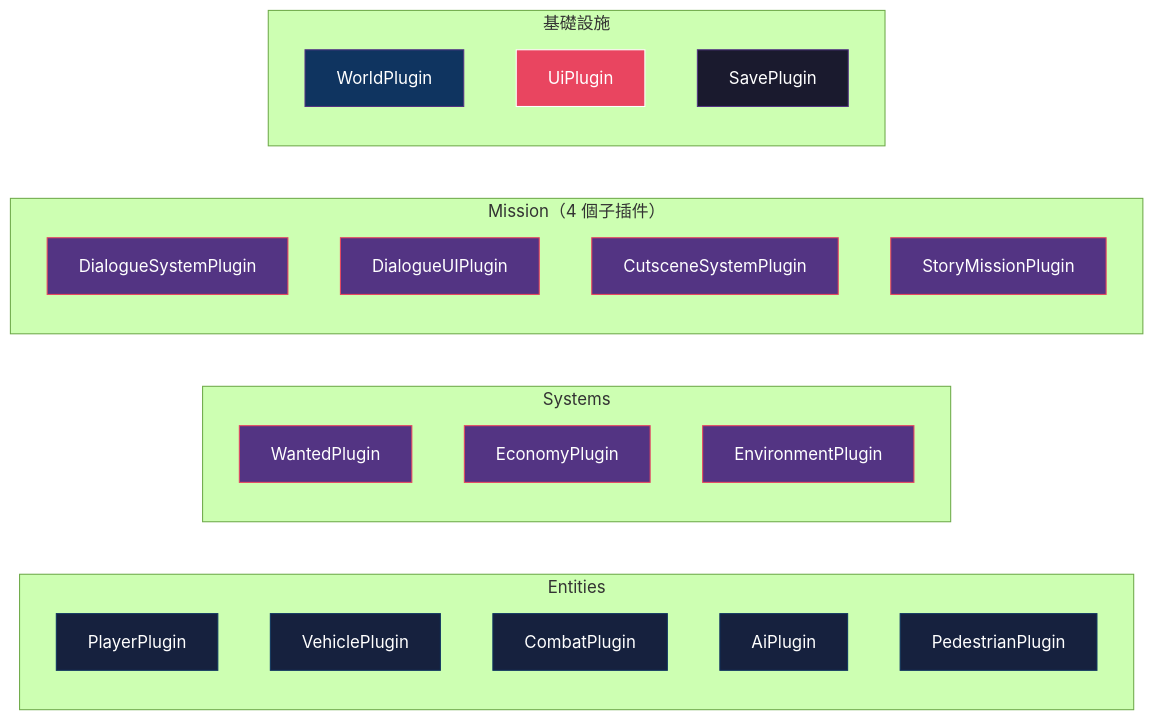
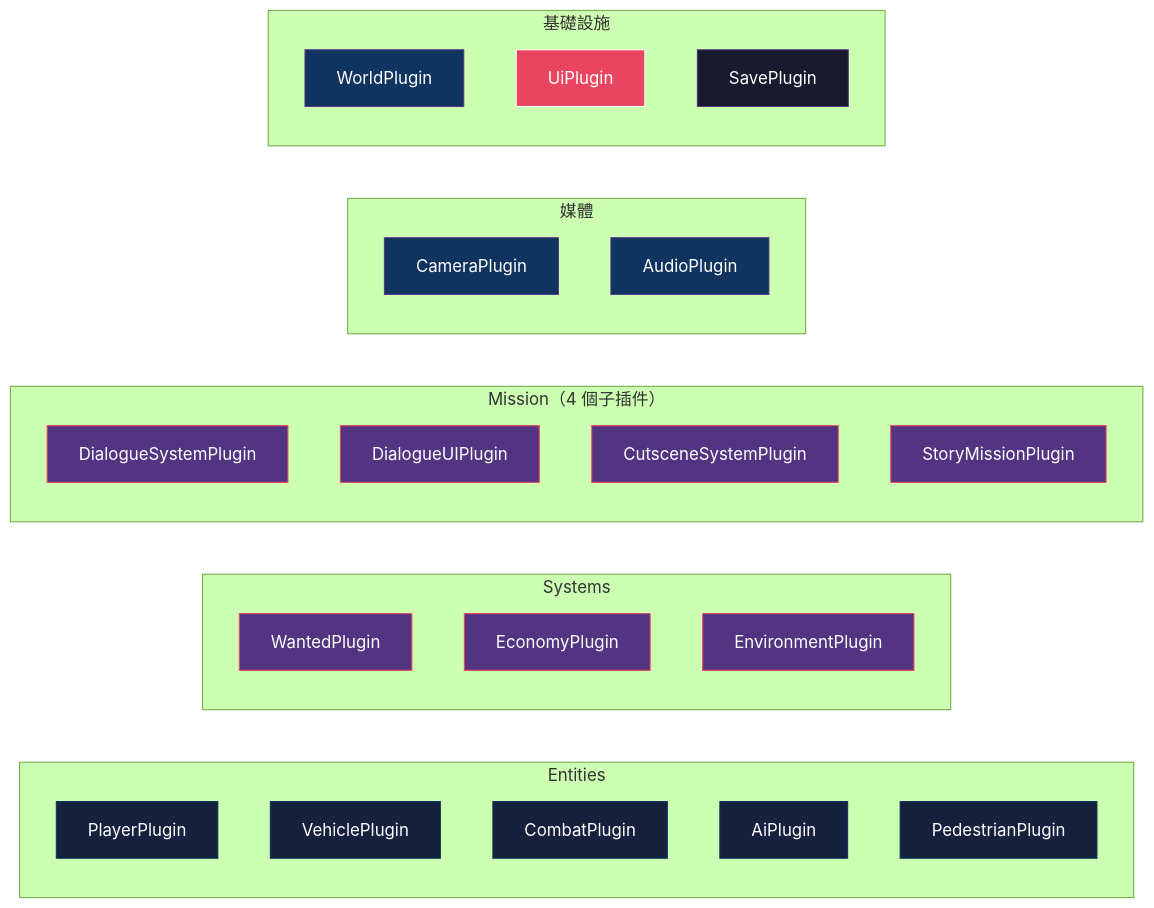
The third of 3 diagrams in CLAUDE.md (Neal75418/formosa), drawn with Mermaid (forest theme) before and after one commit. The commit also changed other lines of this file and 20 other files, not shown here.

First line of the commit message:
refactor: Plugin化 camera/audio 模組並拆分 6 個超限檔案

````diff
--- a/CLAUDE.md
+++ b/CLAUDE.md
@@ -194,45 +194,52 @@
 ```mermaid
 graph LR
     subgraph Entities
         PlayerPlugin
         VehiclePlugin
         CombatPlugin
         AiPlugin
         PedestrianPlugin
     end
 
     subgraph Systems
         WantedPlugin
         EconomyPlugin
         EnvironmentPlugin
     end
 
     subgraph Mission_P["Mission（4 個子插件）"]
         DialogueSystemPlugin
         DialogueUIPlugin
         CutsceneSystemPlugin
         StoryMissionPlugin
     end
 
+    subgraph Media["媒體"]
+        CameraPlugin
+        AudioPlugin
+    end
+
     subgraph Infra["基礎設施"]
         WorldPlugin
         UiPlugin
         SavePlugin
     end
 
+    style CameraPlugin fill:#0f3460,stroke:#533483,color:#fff
+    style AudioPlugin fill:#0f3460,stroke:#533483,color:#fff
     style PlayerPlugin fill:#16213e,stroke:#0f3460,color:#fff
     style VehiclePlugin fill:#16213e,stroke:#0f3460,color:#fff
     style CombatPlugin fill:#16213e,stroke:#0f3460,color:#fff
     style AiPlugin fill:#16213e,stroke:#0f3460,color:#fff
     style PedestrianPlugin fill:#16213e,stroke:#0f3460,color:#fff
     style WantedPlugin fill:#533483,stroke:#e94560,color:#fff
     style EconomyPlugin fill:#533483,stroke:#e94560,color:#fff
     style EnvironmentPlugin fill:#533483,stroke:#e94560,color:#fff
     style DialogueSystemPlugin fill:#533483,stroke:#e94560,color:#fff
     style DialogueUIPlugin fill:#533483,stroke:#e94560,color:#fff
     style CutsceneSystemPlugin fill:#533483,stroke:#e94560,color:#fff
     style StoryMissionPlugin fill:#533483,stroke:#e94560,color:#fff
     style WorldPlugin fill:#0f3460,stroke:#533483,color:#fff
     style UiPlugin fill:#e94560,stroke:#fff,color:#fff
     style SavePlugin fill:#1a1a2e,stroke:#533483,color:#fff
 ```
````
